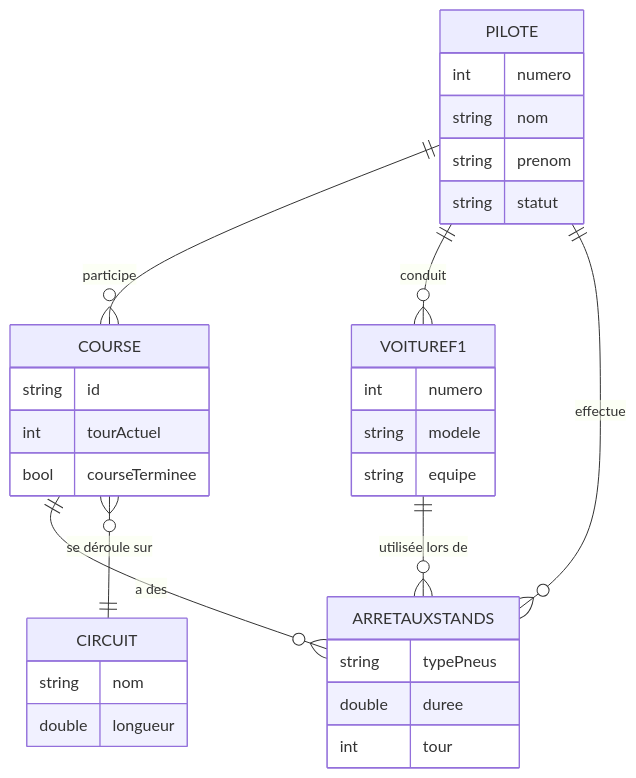
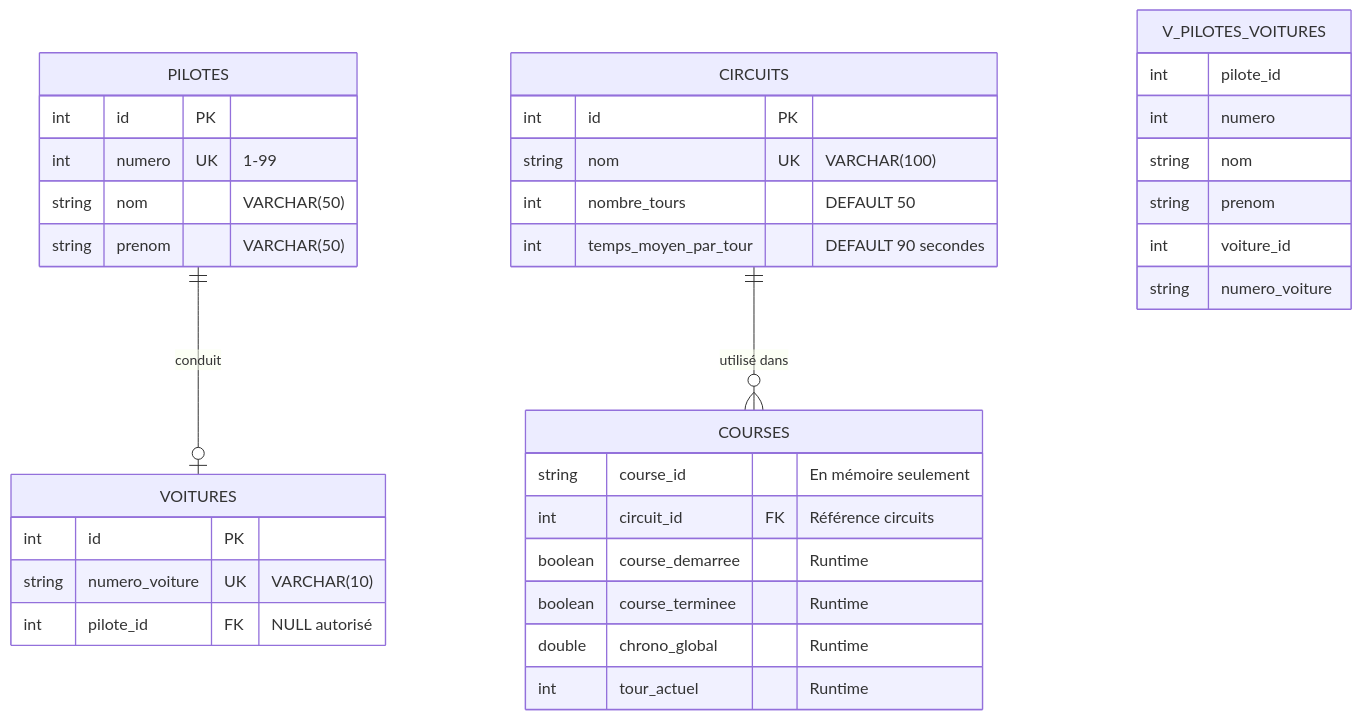
Before and after one commit to EthanRieu/F1ManagerJava: the diagram in mermaid/ERD.mmd, drawn with Mermaid. The commit also changed 49 other files, not shown here.

```diff
--- a/mermaid/ERD.mmd
+++ b/mermaid/ERD.mmd
@@ -1,33 +1,46 @@
 erDiagram
-    PILOTE ||--o{ COURSE : participe
-    PILOTE ||--o{ VOITUREF1 : conduit
-    COURSE ||--o{ ARRETAUXSTANDS : "a des"
-    COURSE }o--|| CIRCUIT : "se déroule sur"
-    VOITUREF1 ||--o{ ARRETAUXSTANDS : "utilisée lors de"
-    PILOTE ||--o{ ARRETAUXSTANDS : "effectue"
-
-    PILOTE {
+    %% Base de données réelle selon create_db.sql
+    
+    PILOTES ||--o| VOITURES : conduit
+    CIRCUITS ||--o{ COURSES : "utilisé dans"
+    
+    PILOTES {
+        int id PK
+        int numero UK "1-99"
+        string nom "VARCHAR(50)"
+        string prenom "VARCHAR(50)"
+    }
+    
+    VOITURES {
+        int id PK
+        string numero_voiture UK "VARCHAR(10)"
+        int pilote_id FK "NULL autorisé"
+    }
+    
+    CIRCUITS {
+        int id PK
+        string nom UK "VARCHAR(100)"
+        int nombre_tours "DEFAULT 50"
+        int temps_moyen_par_tour "DEFAULT 90 secondes"
+    }
+    
+    %% Note: Les données de course (temps, positions, arrêts) 
+    %% sont gérées en mémoire uniquement, pas persistées
+    COURSES {
+        string course_id "En mémoire seulement"
+        int circuit_id FK "Référence circuits"
+        boolean course_demarree "Runtime"
+        boolean course_terminee "Runtime"
+        double chrono_global "Runtime"
+        int tour_actuel "Runtime"
+    }
+    
+    %% Vue utile créée dans la DB
+    V_PILOTES_VOITURES {
+        int pilote_id
         int numero
         string nom
         string prenom
-        string statut
-    }
-    VOITUREF1 {
-        int numero
-        string modele
-        string equipe
-    }
-    COURSE {
-        string id
-        int tourActuel
-        bool courseTerminee
-    }
-    CIRCUIT {
-        string nom
-        double longueur
-    }
-    ARRETAUXSTANDS {
-        string typePneus
-        double duree
-        int tour
+        int voiture_id
+        string numero_voiture
     } 
```
